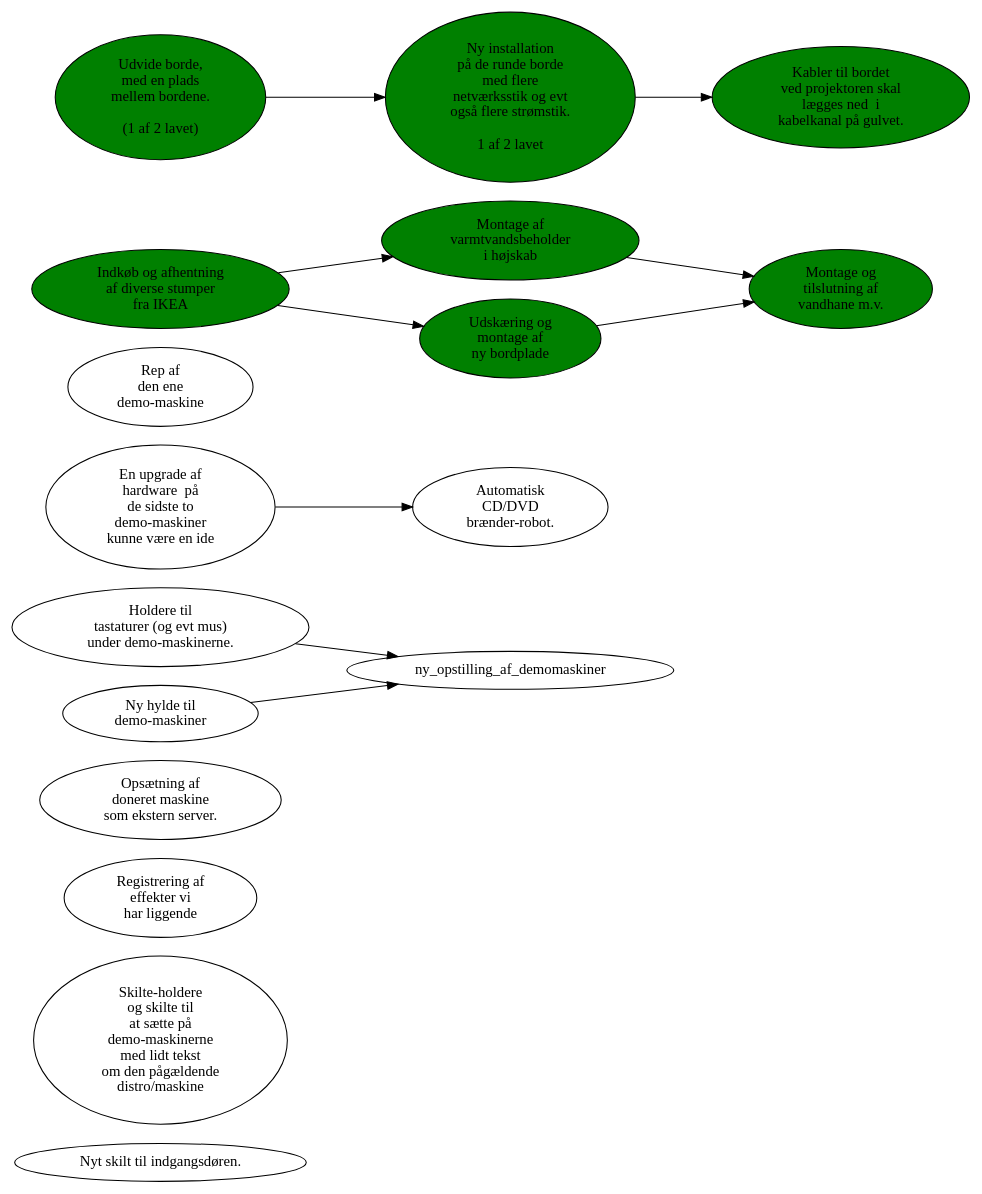
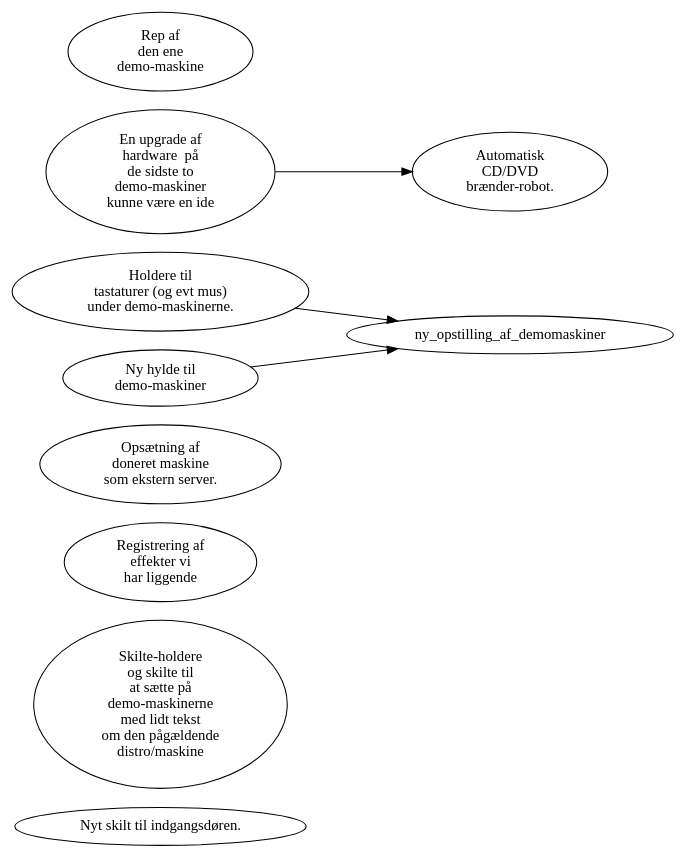
The diagram in faq/todo.dot (alslug/alslug.dk), drawn with Graphviz before and after one commit.

```diff
--- a/faq/todo.dot
+++ b/faq/todo.dot
@@ -1,37 +1,27 @@
 digraph xxx {
     rankdir=LR;
     nyt_dørskilt [ label="Nyt skilt til indgangsdøren." ];
     skilteholdere [ label="Skilte-holdere \n og skilte til \n at sætte på \n demo-maskinerne \n med lidt tekst \n om den pågældende \n distro/maskine" ];
     registerer_udstyr [ label="Registrering af \n effekter vi \n har liggende" ];
     ny_bootserver [ label="Opsætning af \n doneret maskine \n som ekstern server." ];
     
 
     lav_keyboard_holdere [ label="Holdere til \n tastaturer (og evt mus) \n under demo-maskinerne." ];
     hylde_til_demomaskiner [ label="Ny hylde til \n demo-maskiner" ];
     {lav_keyboard_holdere,hylde_til_demomaskiner} -> ny_opstilling_af_demomaskiner;
 
 
     upgrade_demomaskiner [ label="En upgrade af \n hardware  på \n de sidste to \n demo-maskiner \n kunne være en ide" ];
     rep_af_demomaskine [ label="Rep af \n den ene \n demo-maskine" ];
     cd_brænder [ label="Automatisk \n CD/DVD \n brænder-robot." ];
     upgrade_demomaskiner -> cd_brænder;
     
     node [ style=filled ];
     ////////////////////////////////////////////////////////////////////////////
     // Påbegyndt
     node [ fillcolor=yellow ];
     ////////////////////////////////////////////////////////////////////////////
     // Afsluttet
     node [ fillcolor=green ];
 
-    indkøb_hos_ikea [ label="Indkøb og afhentning \n af diverse stumper \n fra IKEA" style=filled fillcolor=green ];
-    montage_af_varmtvandsbeholder [ label="Montage af \n varmtvandsbeholder \n i højskab" style=filled fillcolor=green ];
-    montage_af_ny_bordplade [ label="Udskæring og \n montage af \n ny bordplade" style=filled fillcolor=green ];
-    montage_og_tilslutning_af_vandhane_mv [ label="Montage og \n tilslutning af \n vandhane m.v." style=filled fillcolor=green ];
-    indkøb_hos_ikea -> {montage_af_varmtvandsbeholder,montage_af_ny_bordplade} -> montage_og_tilslutning_af_vandhane_mv;
-
-    udvid_borde [ label="Udvide borde, \n med en plads \n mellem bordene.\n\n(1 af 2 lavet)" ];
-    bord_instalationer [ label="Ny installation \n på de runde borde \n med flere \n netværksstik og evt \n også flere strømstik.\n\n1 af 2 lavet" ];
-    kabler_på_gulv [ label="Kabler til bordet \n ved projektoren skal \n lægges ned  i \n kabelkanal på gulvet." ];
-    udvid_borde -> bord_instalationer -> kabler_på_gulv;
 }
```
